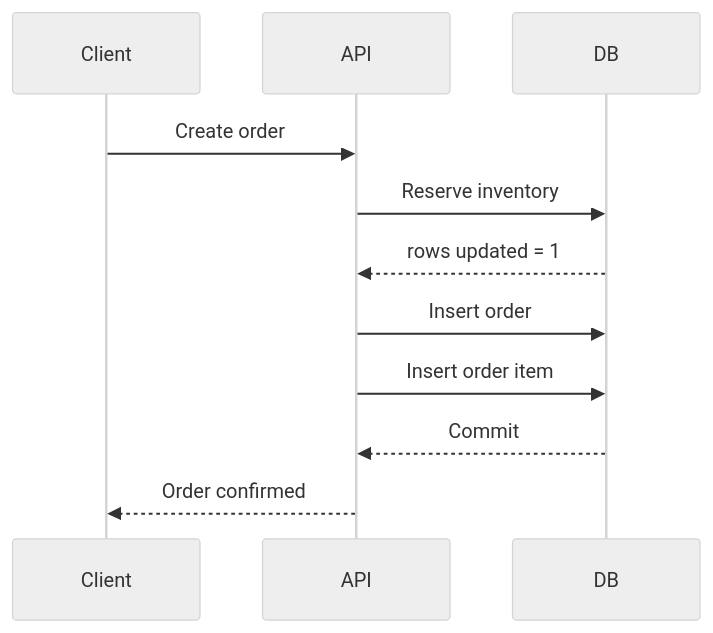
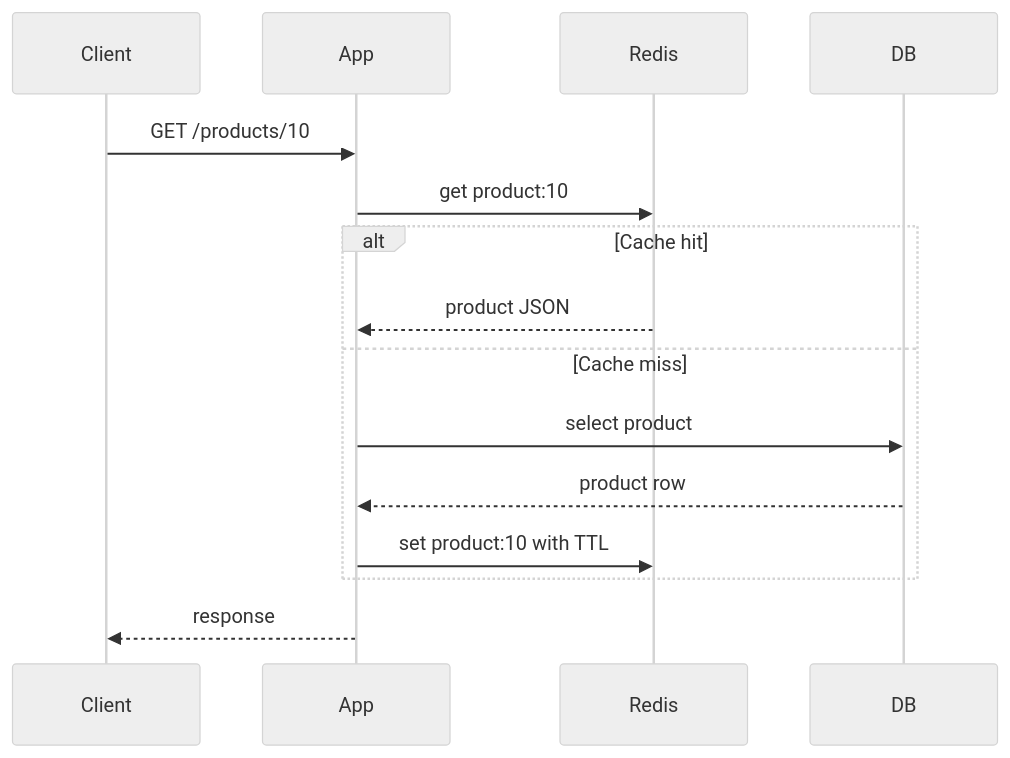
Diagram 16 of 19 in HLD_NOTES/003_TECHNOLOGY_DEEP_DIVE/rdbms/database_v2.md (mthaiseer/springcloud-systemdesign-notes), drawn with Mermaid (neutral theme) before and after one commit. The commit also changed other lines of this file, not shown here.

````diff
--- a/HLD_NOTES/003_TECHNOLOGY_DEEP_DIVE/rdbms/database_v2.md
+++ b/HLD_NOTES/003_TECHNOLOGY_DEEP_DIVE/rdbms/database_v2.md
@@ -1199,14 +892,18 @@
 ```mermaid
 sequenceDiagram
     participant Client
-    participant API
+    participant App
+    participant Redis
     participant DB
 
-    Client->>API: Create order
-    API->>DB: Reserve inventory
-    DB-->>API: rows updated = 1
-    API->>DB: Insert order
-    API->>DB: Insert order item
-    DB-->>API: Commit
-    API-->>Client: Order confirmed
+    Client->>App: GET /products/10
+    App->>Redis: get product:10
+    alt Cache hit
+        Redis-->>App: product JSON
+    else Cache miss
+        App->>DB: select product
+        DB-->>App: product row
+        App->>Redis: set product:10 with TTL
+    end
+    App-->>Client: response
 ```
````
